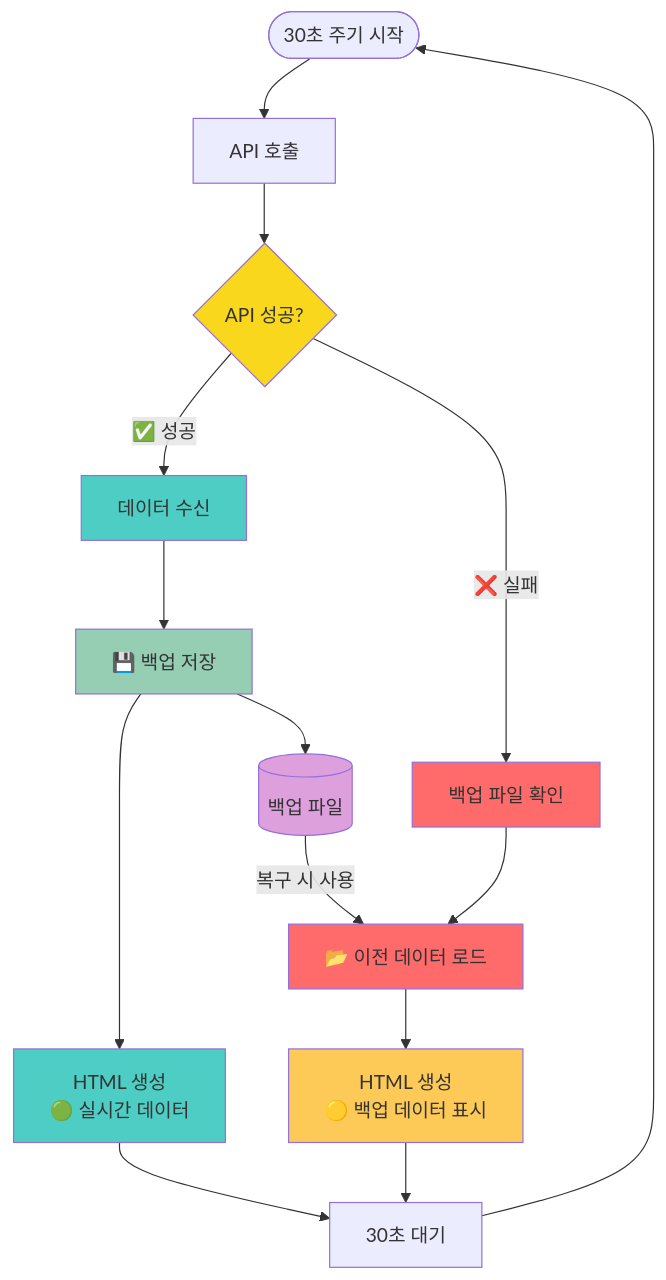
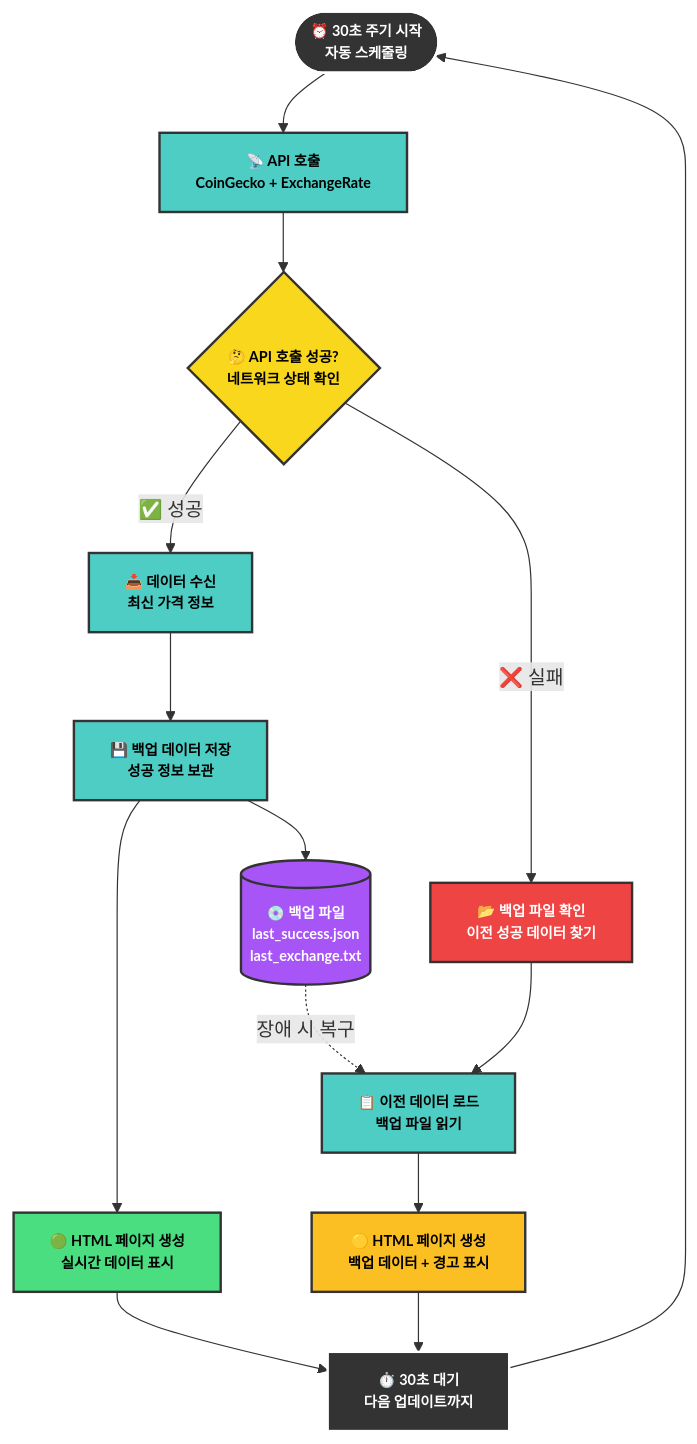
The second of 3 diagrams in README.md (DongjuLee0528/realtime-crypto-dashboard), drawn with Mermaid before and after one commit. The commit also changed other lines of this file, not shown here.

````diff
--- a/README.md
+++ b/README.md
@@ -46,30 +52,38 @@
 ```mermaid
 flowchart TD
-    Start([30초 주기 시작]) --> API[API 호출]
-    API --> Check{API 성공?}
+    Start(["⏰ 30초 주기 시작<br/>자동 스케줄링"]) --> API["📡 API 호출<br/>CoinGecko + ExchangeRate"]
     
-    Check -->|✅ 성공| Receive[데이터 수신]
-    Check -->|❌ 실패| Backup[백업 파일 확인]
+    API --> Check{"🤔 API 호출 성공?<br/>네트워크 상태 확인"}
     
-    Receive --> Save[💾 백업 저장]
-    Save --> HTML1[HTML 생성<br/>🟢 실시간 데이터]
+    Check -->|"✅ 성공"| Receive["📥 데이터 수신<br/>최신 가격 정보"]
+    Check -->|"❌ 실패"| Backup["📂 백업 파일 확인<br/>이전 성공 데이터 찾기"]
     
-    Backup --> Load[📂 이전 데이터 로드]
-    Load --> HTML2[HTML 생성<br/>🟡 백업 데이터 표시]
+    Receive --> Save["💾 백업 데이터 저장<br/>성공 정보 보관"]
+    Save --> HTML1["🟢 HTML 페이지 생성<br/>실시간 데이터 표시"]
     
-    HTML1 --> Wait[30초 대기]
+    Backup --> Load["📋 이전 데이터 로드<br/>백업 파일 읽기"]
+    Load --> HTML2["🟡 HTML 페이지 생성<br/>백업 데이터 + 경고 표시"]
+    
+    HTML1 --> Wait["⏱️ 30초 대기<br/>다음 업데이트까지"]
     HTML2 --> Wait
     Wait --> Start
     
-    Save --> Files[(백업 파일)]
-    Files --> |복구 시 사용| Load
+    Save --> Files[("💿 백업 파일<br/>last_success.json<br/>last_exchange.txt")]
+    Files -.->|"장애 시 복구"| Load
     
-    style Check fill:#f9d71c
-    style Receive fill:#4ecdc4
-    style Save fill:#96ceb4
-    style HTML1 fill:#4ecdc4
-    style Backup fill:#ff6b6b
-    style Load fill:#ff6b6b
-    style HTML2 fill:#feca57
-    style Files fill:#dda0dd
+    classDef startBox fill:#333,stroke:#fff,stroke-width:2px,color:#fff,font-size:12px,font-weight:bold
+    classDef processBox fill:#4ecdc4,stroke:#333,stroke-width:2px,color:#000,font-size:12px,font-weight:bold
+    classDef decisionBox fill:#f9d71c,stroke:#333,stroke-width:2px,color:#000,font-size:12px,font-weight:bold
+    classDef successBox fill:#4ade80,stroke:#333,stroke-width:2px,color:#000,font-size:12px,font-weight:bold
+    classDef warningBox fill:#fbbf24,stroke:#333,stroke-width:2px,color:#000,font-size:12px,font-weight:bold
+    classDef errorBox fill:#ef4444,stroke:#333,stroke-width:2px,color:#fff,font-size:12px,font-weight:bold
+    classDef storageBox fill:#a855f7,stroke:#333,stroke-width:2px,color:#fff,font-size:12px,font-weight:bold
+    
+    class Start,Wait startBox
+    class API,Receive,Save,Load processBox
+    class Check decisionBox
+    class HTML1 successBox
+    class HTML2 warningBox
+    class Backup errorBox
+    class Files storageBox
 ```
````
